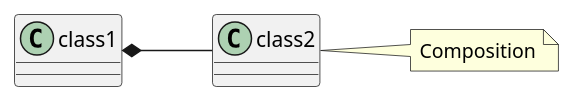
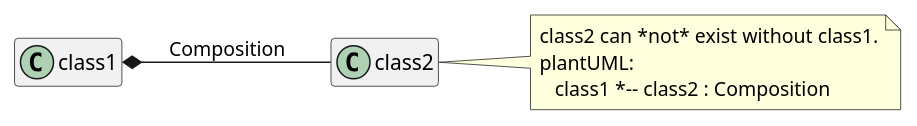
Diagram 11 of 21 in uml_markdown_summary.md (chraxo/UmlMarkdownCheatSheet), drawn with PlantUML before and after one commit. The commit also changed other lines of this file, not shown here.

Commit message:
class diagram: more compact design

```diff
--- a/uml_markdown_summary.md
+++ b/uml_markdown_summary.md
@@ -273,7 +273,13 @@
 @startuml
-left to right direction
-class1 *-- class2
-note right 
-    Composition
-end note
+    left to right direction
+    skinparam noteFontName Consolas
+    hide empty members
+    
+    class1 *-- class2 : Composition
+
+    note right
+        class2 can *not* exist without class1.
+        plantUML:
+           class1 *-- class2 : Composition
+    end note
 @enduml
```
